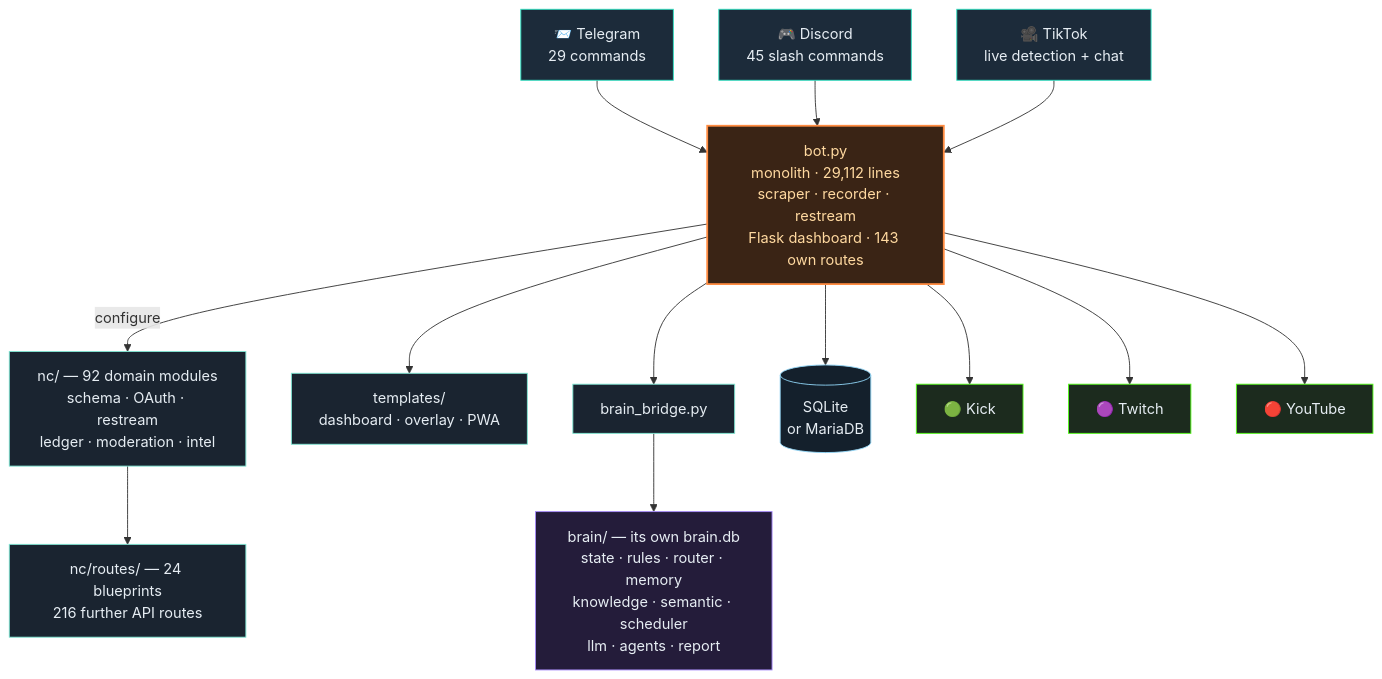
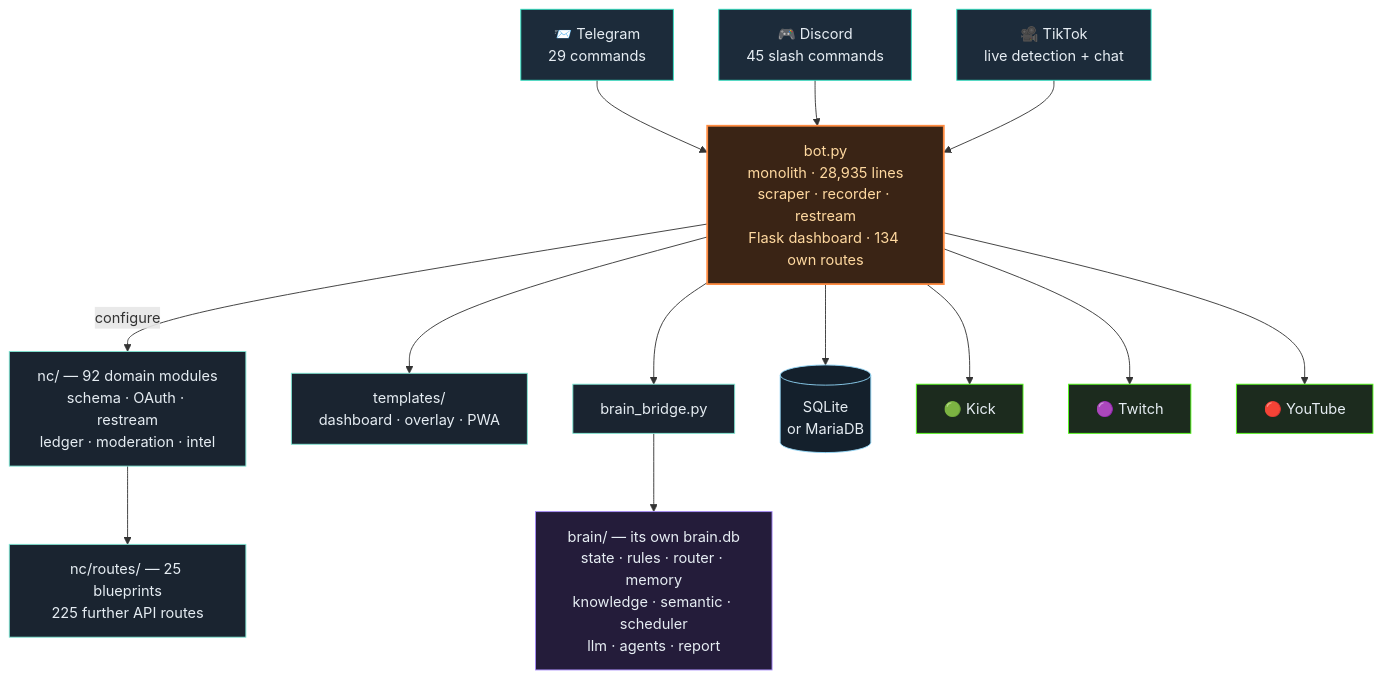
The third of 4 diagrams in README.en.md (itsamemedev/Telegram-Stream-Info-Bot), drawn with Mermaid before and after one commit. The commit also changed other lines of this file and 17 other files, not shown here.

````diff
--- a/README.en.md
+++ b/README.en.md
@@ -190,30 +190,30 @@
 ```mermaid
 flowchart TB
     TG["📨 Telegram<br/>29 commands"]:::ein
     DC["🎮 Discord<br/>45 slash commands"]:::ein
     TT["🎥 TikTok<br/>live detection + chat"]:::ein
 
     TG --> BOT
     DC --> BOT
     TT --> BOT
 
-    BOT["bot.py<br/>monolith · 29,112 lines<br/>scraper · recorder · restream<br/>Flask dashboard · 143 own routes"]:::core
+    BOT["bot.py<br/>monolith · 28,935 lines<br/>scraper · recorder · restream<br/>Flask dashboard · 134 own routes"]:::core
 
     BOT -->|configure| NC["nc/ — 92 domain modules<br/>schema · OAuth · restream<br/>ledger · moderation · intel"]:::lib
-    NC --> RT["nc/routes/ — 24 blueprints<br/>216 further API routes"]:::lib
+    NC --> RT["nc/routes/ — 25 blueprints<br/>225 further API routes"]:::lib
     BOT --> TPL["templates/<br/>dashboard · overlay · PWA"]:::lib
     BOT --> BR["brain_bridge.py"]:::lib
     BR --> BRAIN["brain/ — its own brain.db<br/>state · rules · router · memory<br/>knowledge · semantic · scheduler<br/>llm · agents · report"]:::brain
     BOT --> DB[("SQLite<br/>or MariaDB")]:::db
 
     BOT --> KICK["🟢 Kick"]:::out
     BOT --> TW["🟣 Twitch"]:::out
     BOT --> YT["🔴 YouTube"]:::out
 
     classDef ein fill:#1c2b3a,stroke:#2de1c2,color:#e6edf3
     classDef core fill:#3a2415,stroke:#ff8c42,stroke-width:2px,color:#ffd9a0
     classDef lib fill:#1a2430,stroke:#7fe7d4,color:#e6edf3
     classDef brain fill:#241c3a,stroke:#a78bfa,color:#e6edf3
     classDef db fill:#14202c,stroke:#8fd3f4,color:#e6edf3
     classDef out fill:#1c2b1e,stroke:#53fc18,color:#e6edf3
 ```
````
